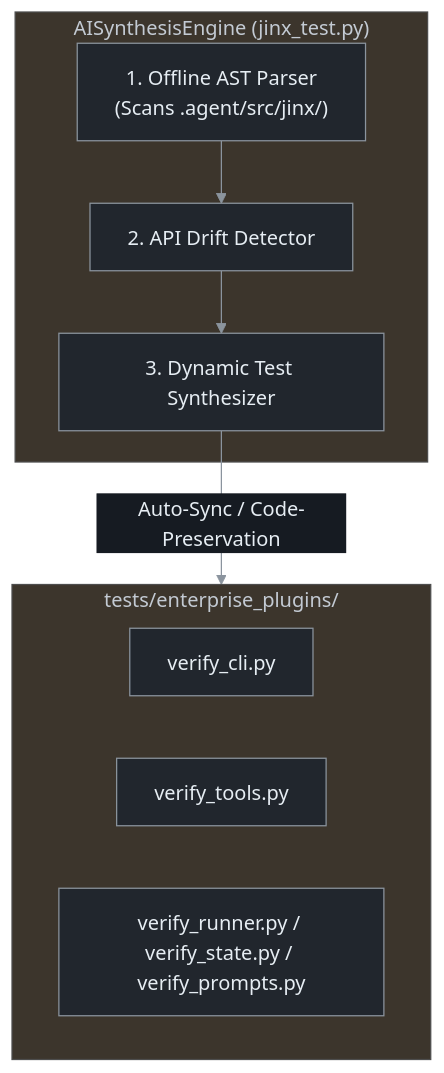
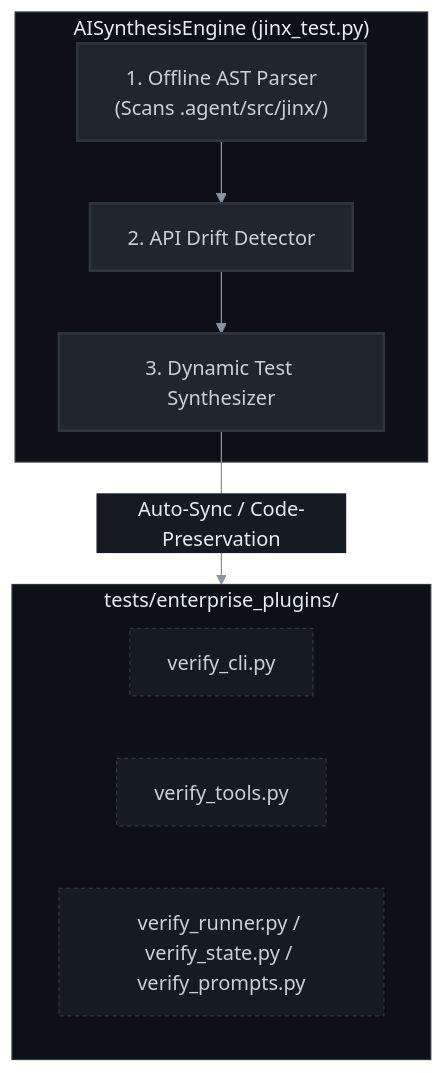
One commit to machinegpt/agent changed the fifth of 5 diagrams in README.md. Above: the diagram before and after it, drawn with Mermaid. The commit also changed other lines of this file and 8 other files, not shown here.

````diff
--- a/README.md
+++ b/README.md
@@ -483,18 +483,23 @@
 ```mermaid
-%%{init: {'theme': 'base', 'themeVariables': {"darkMode": true, "primaryColor": "#21262d", "primaryTextColor": "#e6edf3", "primaryBorderColor": "#8b949e", "lineColor": "#8b949e", "textColor": "#e6edf3", "edgeLabelBackground": "#161b22", "mainBkg": "#21262d", "nodeBorder": "#8b949e", "nodeTextColor": "#e6edf3"}}}%%
-graph TD
+%%{init: {'theme': 'base', 'themeVariables': {"darkMode": true, "background": "#0d1117", "primaryColor": "#21262d", "primaryTextColor": "#e6edf3", "primaryBorderColor": "#8b949e", "lineColor": "#8b949e", "textColor": "#e6edf3", "edgeLabelBackground": "#161b22", "mainBkg": "#21262d", "nodeBorder": "#8b949e", "nodeTextColor": "#e6edf3"}}}%%
+flowchart TD
+    classDef sub fill:#161b22,stroke:#30363d,stroke-dasharray: 3 3,color:#c9d1d9;
+    classDef standard fill:#21262d,stroke:#30363d,stroke-width:2px,color:#c9d1d9;
+
     subgraph Engine["AISynthesisEngine (jinx_test.py)"]
-        AST["1. Offline AST Parser<br/>(Scans .agent/src/jinx/)"]
-        DIFF["2. API Drift Detector"]
-        GEN["3. Dynamic Test Synthesizer"]
+        AST["1. Offline AST Parser<br/>(Scans .agent/src/jinx/)"]:::standard
+        DIFF["2. API Drift Detector"]:::standard
+        GEN["3. Dynamic Test Synthesizer"]:::standard
         AST --> DIFF --> GEN
     end
+    style Engine fill:#0d1117,stroke:#30363d,color:#e6edf3
 
     subgraph Plugins["tests/enterprise_plugins/"]
-        V_CLI["verify_cli.py"]
-        V_TOOLS["verify_tools.py"]
-        V_OTHER["verify_runner.py / verify_state.py / verify_prompts.py"]
+        V_CLI["verify_cli.py"]:::sub
+        V_TOOLS["verify_tools.py"]:::sub
+        V_OTHER["verify_runner.py / verify_state.py / verify_prompts.py"]:::sub
     end
+    style Plugins fill:#0d1117,stroke:#30363d,color:#e6edf3
 
     GEN -->|"Auto-Sync / Code-Preservation"| Plugins
 ```
````
